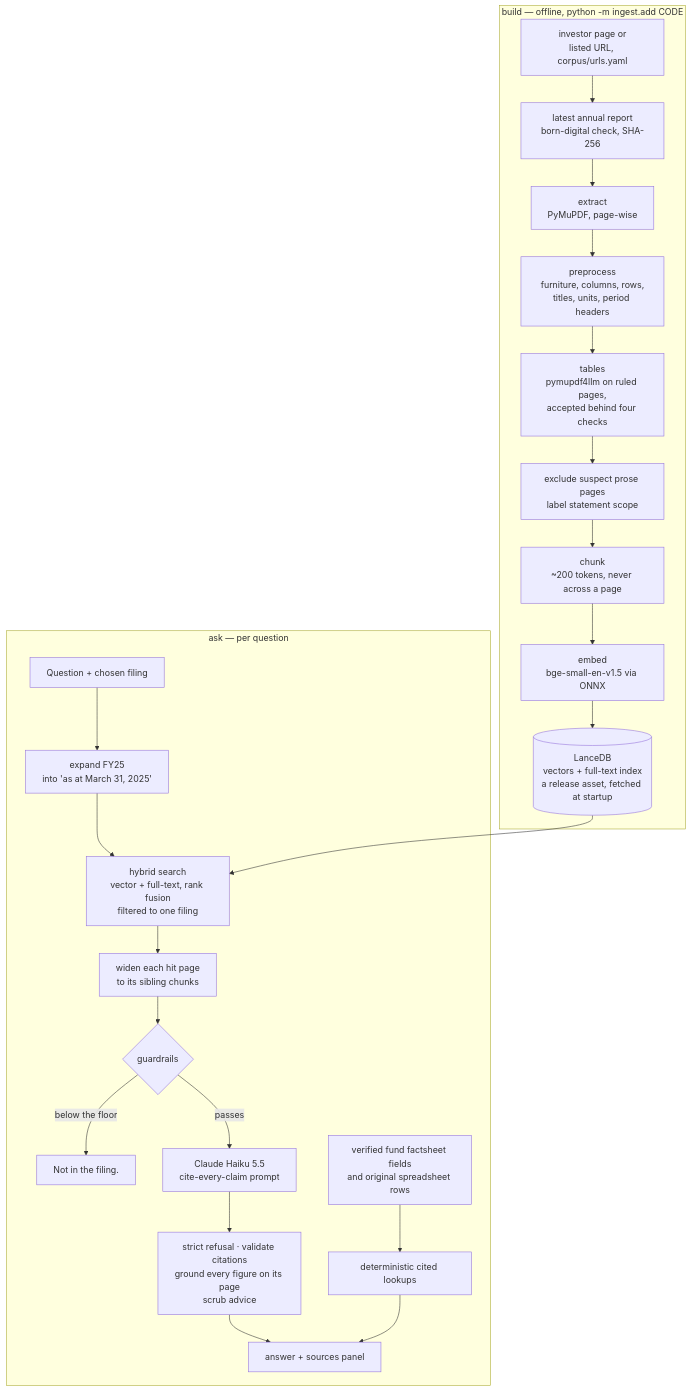
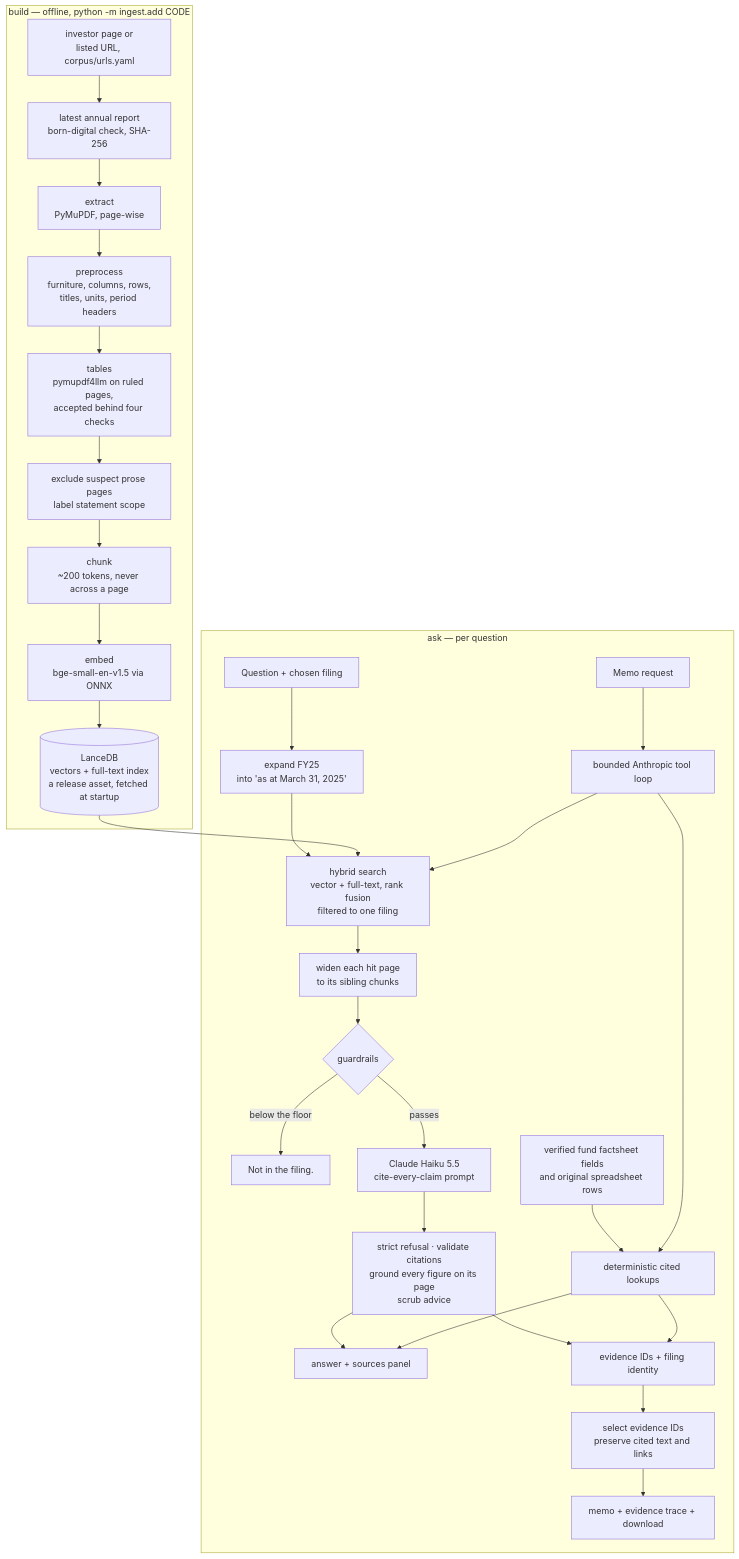
One commit to shivank2703/folio changed the diagram in README.md. Above: the diagram before and after it, drawn with Mermaid. The commit also changed other lines of this file and 33 other files, not shown here.

Commit message:
Add bounded research agent and source-preserving cited memos

````diff
--- a/README.md
+++ b/README.md
@@ -39,26 +45,33 @@
 ```mermaid
 flowchart TB
     subgraph build["build — offline, python -m ingest.add CODE"]
         SRC[investor page or<br/>listed URL, corpus/urls.yaml] --> PDF[latest annual report<br/>born-digital check, SHA-256]
         PDF --> EX[extract<br/>PyMuPDF, page-wise]
         EX --> PRE[preprocess<br/>furniture, columns, rows,<br/>titles, units, period headers]
         PRE --> TB[tables<br/>pymupdf4llm on ruled pages,<br/>accepted behind four checks]
         TB --> QA[exclude suspect prose pages<br/>label statement scope]
         QA --> CH[chunk<br/>~200 tokens, never across a page]
         CH --> EM[embed<br/>bge-small-en-v1.5 via ONNX]
         EM --> DB[(LanceDB<br/>vectors + full-text index<br/>a release asset, fetched at startup)]
     end
     subgraph ask["ask — per question"]
         Q[Question + chosen filing] --> FY[expand FY25<br/>into 'as at March 31, 2025']
         FY --> HY[hybrid search<br/>vector + full-text, rank fusion<br/>filtered to one filing]
         DB --> HY
         HY --> PX[widen each hit page<br/>to its sibling chunks]
         PX --> G{guardrails}
         G -->|below the floor| R[Not in the filing.]
         G -->|passes| GEN[Claude Haiku 5.5<br/>cite-every-claim prompt]
         GEN --> V[strict refusal · validate citations<br/>ground every figure on its page<br/>scrub advice]
         V --> UI[answer + sources panel]
         FS[verified fund factsheet fields<br/>and original spreadsheet rows] --> LOOKUP[deterministic cited lookups]
         LOOKUP --> UI
+        M[Memo request] --> LOOP[bounded Anthropic tool loop]
+        LOOP --> HY
+        LOOP --> LOOKUP
+        V --> E[evidence IDs + filing identity]
+        LOOKUP --> E
+        E --> SELECT[select evidence IDs<br/>preserve cited text and links]
+        SELECT --> MEMO[memo + evidence trace + download]
     end
 ```
````
